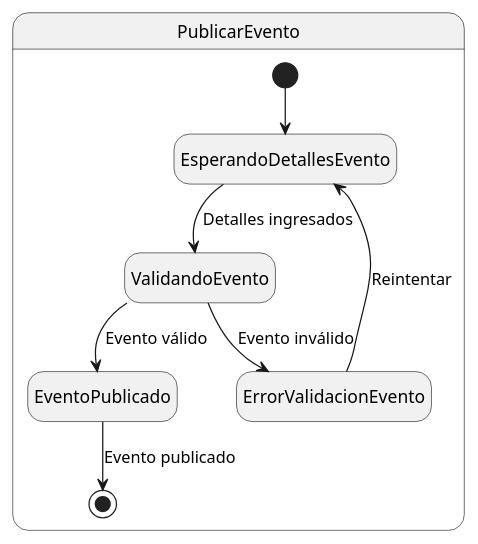
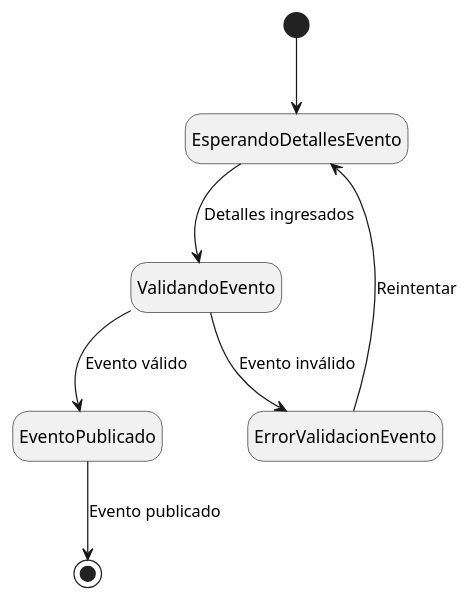
The diagram in docs/scenariosView/DisciplinaDeRequisitos/diagramaDeEstadoPublicarEvento.plantuml (Andreinalcm/Proyecto_de_inge_grupo4), drawn with PlantUML before and after one commit. The commit also changed 19 other files, not shown here.

Commit message:
Modificación al diagrama de estados de relación de casos de usos en disciplina de requisitos

```diff
--- a/docs/scenariosView/DisciplinaDeRequisitos/diagramaDeEstadoPublicarEvento.plantuml
+++ b/docs/scenariosView/DisciplinaDeRequisitos/diagramaDeEstadoPublicarEvento.plantuml
@@ -1,14 +1,13 @@
 @startuml Publicar evento uc3
 
 hide empty description
 
-state PublicarEvento{
-    [*] --> EsperandoDetallesEvento
-    EsperandoDetallesEvento --> ValidandoEvento : Detalles ingresados
-    ValidandoEvento --> EventoPublicado : Evento válido
-    ValidandoEvento --> ErrorValidacionEvento : Evento inválido
-    ErrorValidacionEvento --> EsperandoDetallesEvento : Reintentar
-    EventoPublicado --> [*] : Evento publicado
-}
+[*] --> EsperandoDetallesEvento
+EsperandoDetallesEvento --> ValidandoEvento : Detalles ingresados
+ValidandoEvento --> EventoPublicado : Evento válido
+ValidandoEvento --> ErrorValidacionEvento : Evento inválido
+ErrorValidacionEvento --> EsperandoDetallesEvento : Reintentar
+EventoPublicado --> [*] : Evento publicado
+
 
 @enduml
```
